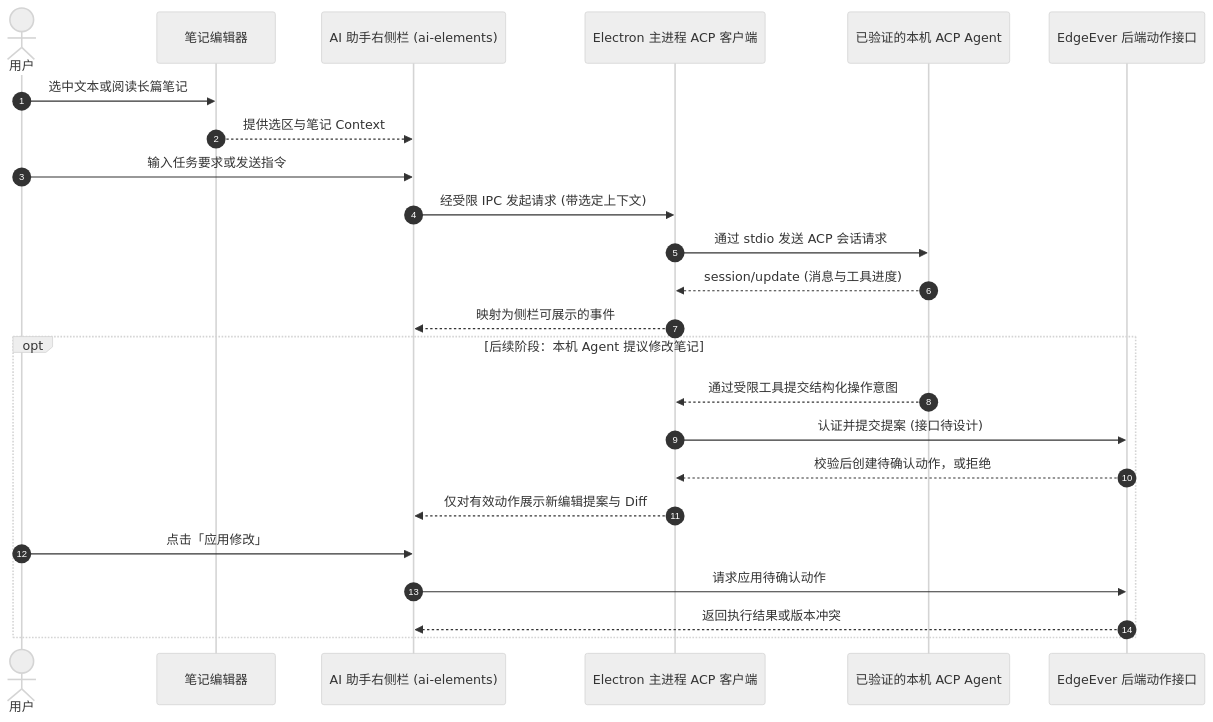
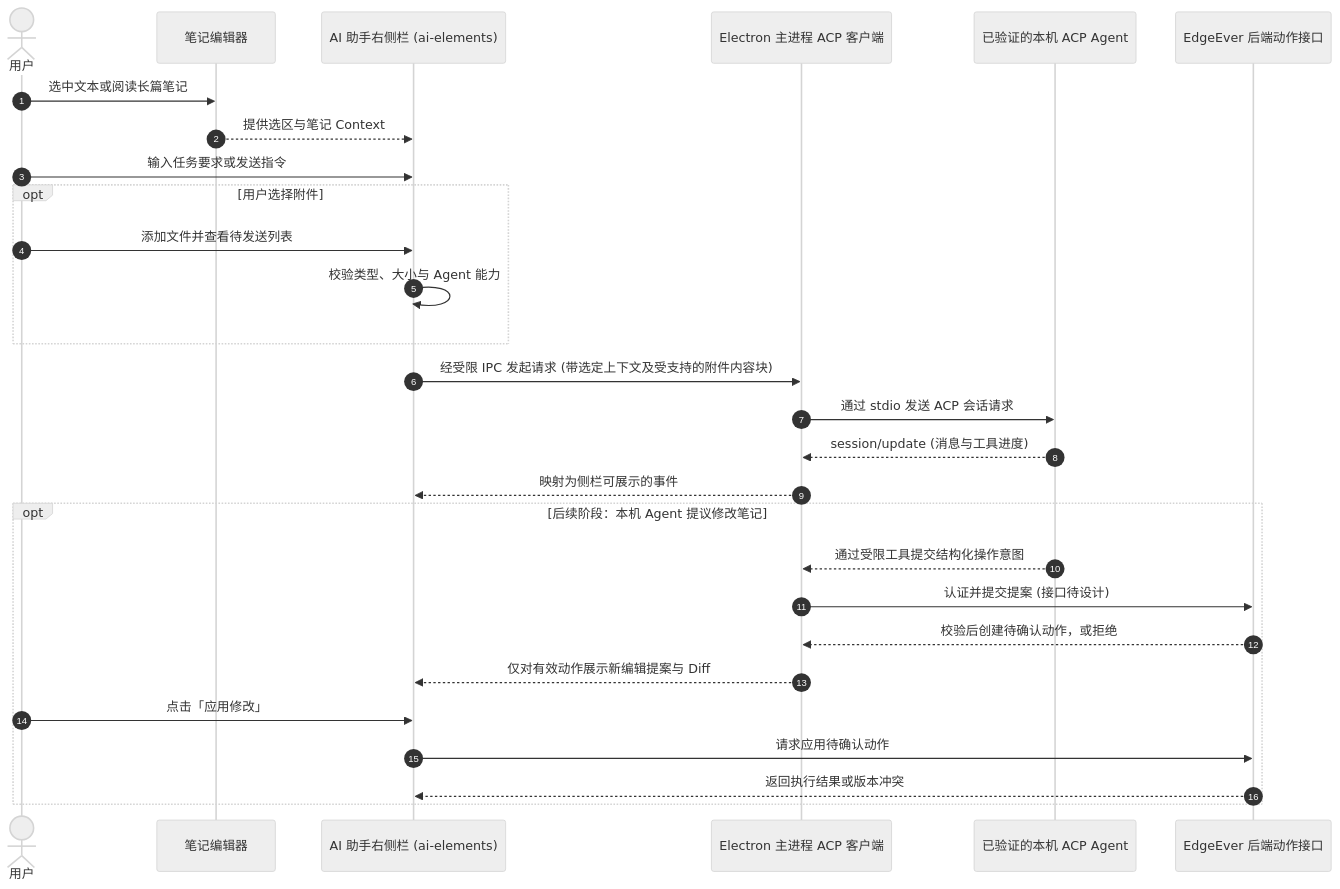
One commit to 1092214362/edgeever changed the second of 2 diagrams in docs/ai-assistant-redesign-plan.zh-CN.md. Above: the diagram before and after it, drawn with Mermaid (neutral theme). The commit also changed other lines of this file, not shown here.

````diff
--- a/docs/ai-assistant-redesign-plan.zh-CN.md
+++ b/docs/ai-assistant-redesign-plan.zh-CN.md
@@ -135,27 +148,31 @@
 ```mermaid
 sequenceDiagram
     autonumber
     actor User as 用户
     participant Editor as 笔记编辑器
     participant Sidebar as AI 助手右侧栏 (ai-elements)
     participant Client as Electron 主进程 ACP 客户端
     participant Agent as 已验证的本机 ACP Agent
     participant API as EdgeEver 后端动作接口
 
     User->>Editor: 选中文本或阅读长篇笔记
     Editor-->>Sidebar: 提供选区与笔记 Context
     User->>Sidebar: 输入任务要求或发送指令
-    Sidebar->>Client: 经受限 IPC 发起请求 (带选定上下文)
+    opt 用户选择附件
+        User->>Sidebar: 添加文件并查看待发送列表
+        Sidebar->>Sidebar: 校验类型、大小与 Agent 能力
+    end
+    Sidebar->>Client: 经受限 IPC 发起请求 (带选定上下文及受支持的附件内容块)
     Client->>Agent: 通过 stdio 发送 ACP 会话请求
     Agent-->>Client: session/update (消息与工具进度)
     Client-->>Sidebar: 映射为侧栏可展示的事件
     opt 后续阶段：本机 Agent 提议修改笔记
         Agent-->>Client: 通过受限工具提交结构化操作意图
         Client->>API: 认证并提交提案 (接口待设计)
         API-->>Client: 校验后创建待确认动作，或拒绝
         Client-->>Sidebar: 仅对有效动作展示新编辑提案与 Diff
         User->>Sidebar: 点击「应用修改」
         Sidebar->>API: 请求应用待确认动作
         API-->>Sidebar: 返回执行结果或版本冲突
     end
 ```
````
